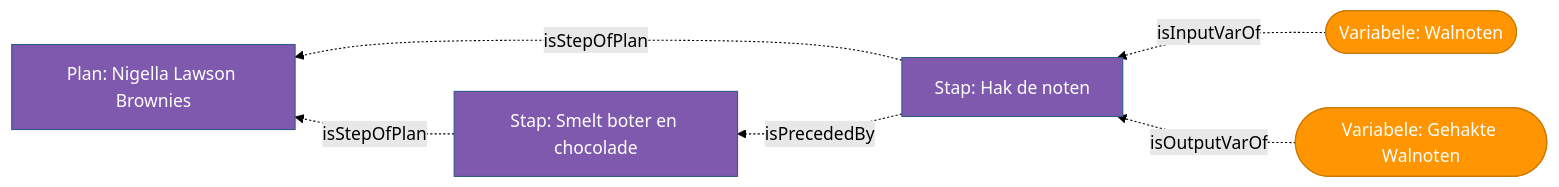
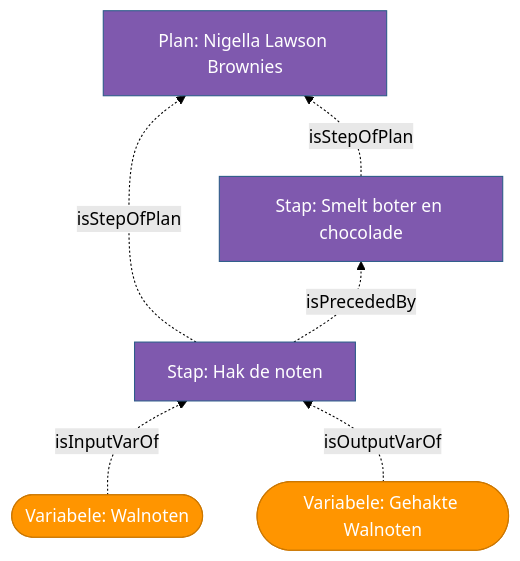
One commit to milieuinfo/RIE-IEPR changed the diagram in src/main/input/recepten/plan-stappen-variabelen.mmd. Above: the diagram before and after it, drawn with Mermaid (forest theme).

Commit message:
stap-plan

```diff
--- a/src/main/input/recepten/plan-stappen-variabelen.mmd
+++ b/src/main/input/recepten/plan-stappen-variabelen.mmd
@@ -1,20 +1,20 @@
-flowchart RL
+flowchart BT
 
 
 
     nigella-brownies["Plan: Nigella Lawson Brownies"]
     style nigella-brownies color:white,fill:#7F59AE,stroke:#2E5C8A,color:#fff
     hakken["Stap: Hak de noten"]
     style hakken color:white,fill:#7F59AE,stroke:#2E5C8A,color:#fff
     smelten["Stap: Smelt boter en chocolade"]
     style smelten color:white,fill:#7F59AE,stroke:#2E5C8A,color:#fff
     walnoten(["Variabele: Walnoten"])
     style walnoten color:white,fill:#FF9500,stroke:#CC7700,color:#fff
     gehaktewalnoten(["Variabele: Gehakte Walnoten"])
     style gehaktewalnoten color:white,fill:#FF9500,stroke:#CC7700,color:#fff
 
     hakken -.->|isPrecededBy| smelten
     hakken -.->|isStepOfPlan| nigella-brownies
     smelten -.->|isStepOfPlan| nigella-brownies
     walnoten -.->|isInputVarOf| hakken
     gehaktewalnoten -.->|isOutputVarOf| hakken
```
